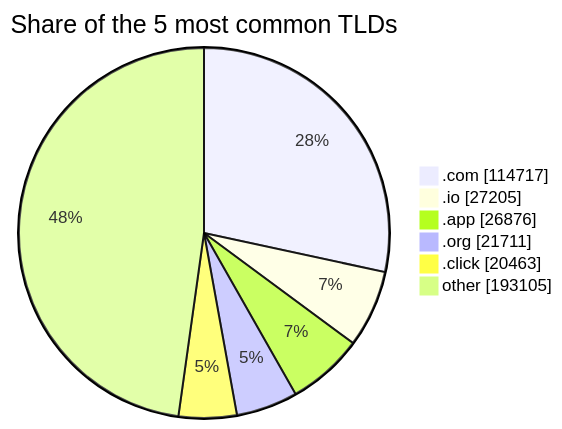
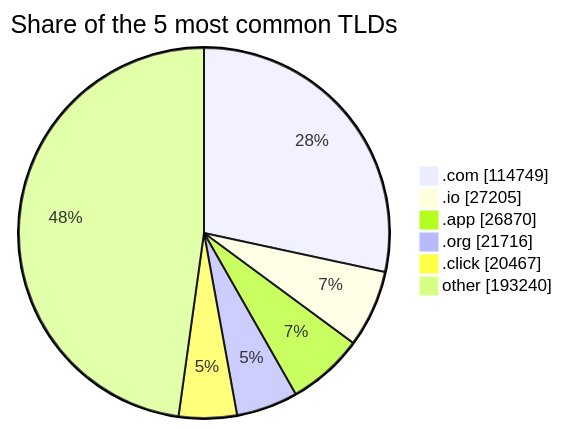
The third of 3 diagrams in README.md (DNSBunker/CTI), drawn with Mermaid before and after one commit. The commit also changed other lines of this file and 3 other files, not shown here.

````diff
--- a/README.md
+++ b/README.md
@@ -81,9 +81,9 @@
 ```mermaid
 pie showData title Share of the 5 most common TLDs
-    ".com" : 114717
+    ".com" : 114749
     ".io" : 27205
-    ".app" : 26876
-    ".org" : 21711
-    ".click" : 20463
-    "other" : 193105
+    ".app" : 26870
+    ".org" : 21716
+    ".click" : 20467
+    "other" : 193240
 ```
````
